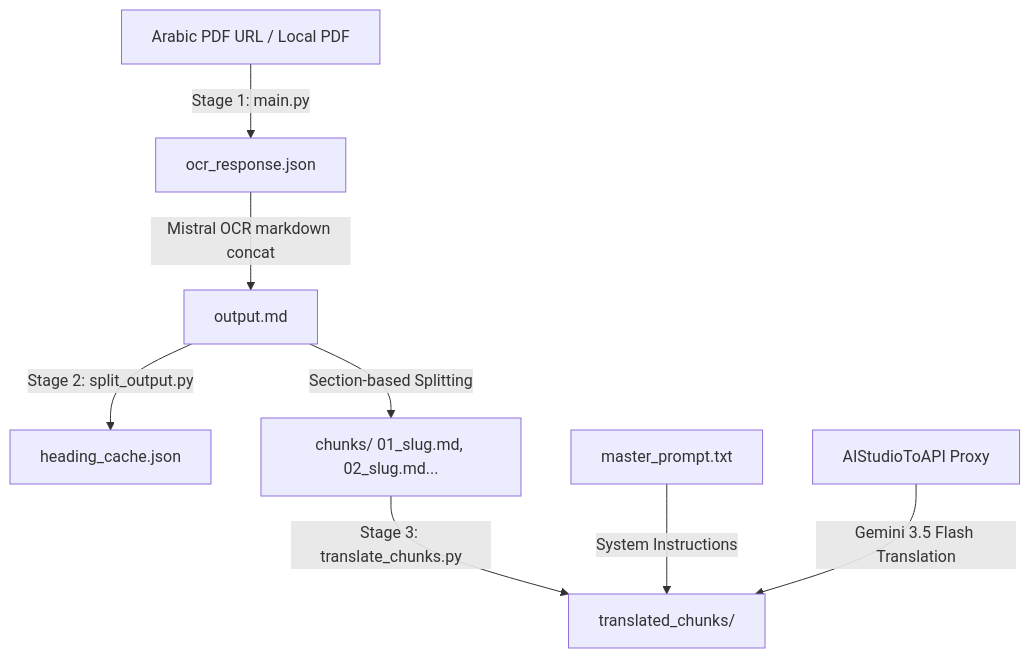
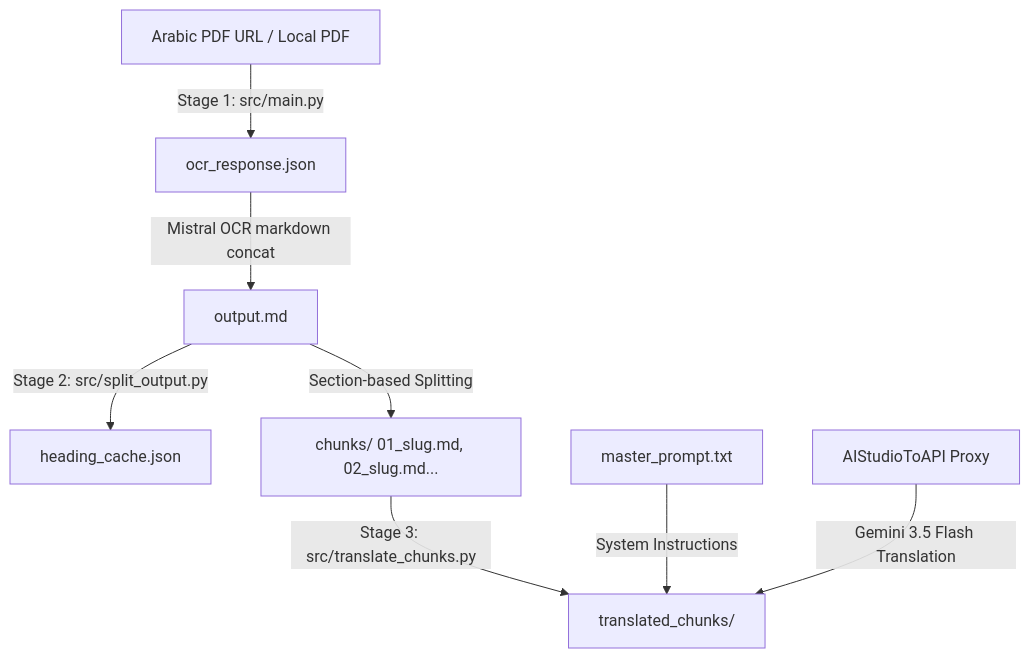
Before and after one commit to firofame/transcribe: the diagram in README.md, drawn with Mermaid. The commit also changed other lines of this file and 3 other files, not shown here.

````diff
--- a/README.md
+++ b/README.md
@@ -13,10 +13,10 @@
 ```mermaid
 graph TD
-    A[Arabic PDF URL / Local PDF] -->|Stage 1: main.py| B[ocr_response.json]
+    A[Arabic PDF URL / Local PDF] -->|Stage 1: src/main.py| B[ocr_response.json]
     B -->|Mistral OCR markdown concat| C[output.md]
-    C -->|Stage 2: split_output.py| D[heading_cache.json]
+    C -->|Stage 2: src/split_output.py| D[heading_cache.json]
     C -->|Section-based Splitting| E[chunks/ 01_slug.md, 02_slug.md...]
-    E -->|Stage 3: translate_chunks.py| F[translated_chunks/]
+    E -->|Stage 3: src/translate_chunks.py| F[translated_chunks/]
     G[master_prompt.txt] -->|System Instructions| F
     H[AIStudioToAPI Proxy] -->|Gemini 3.5 Flash Translation| F
 ```
````
